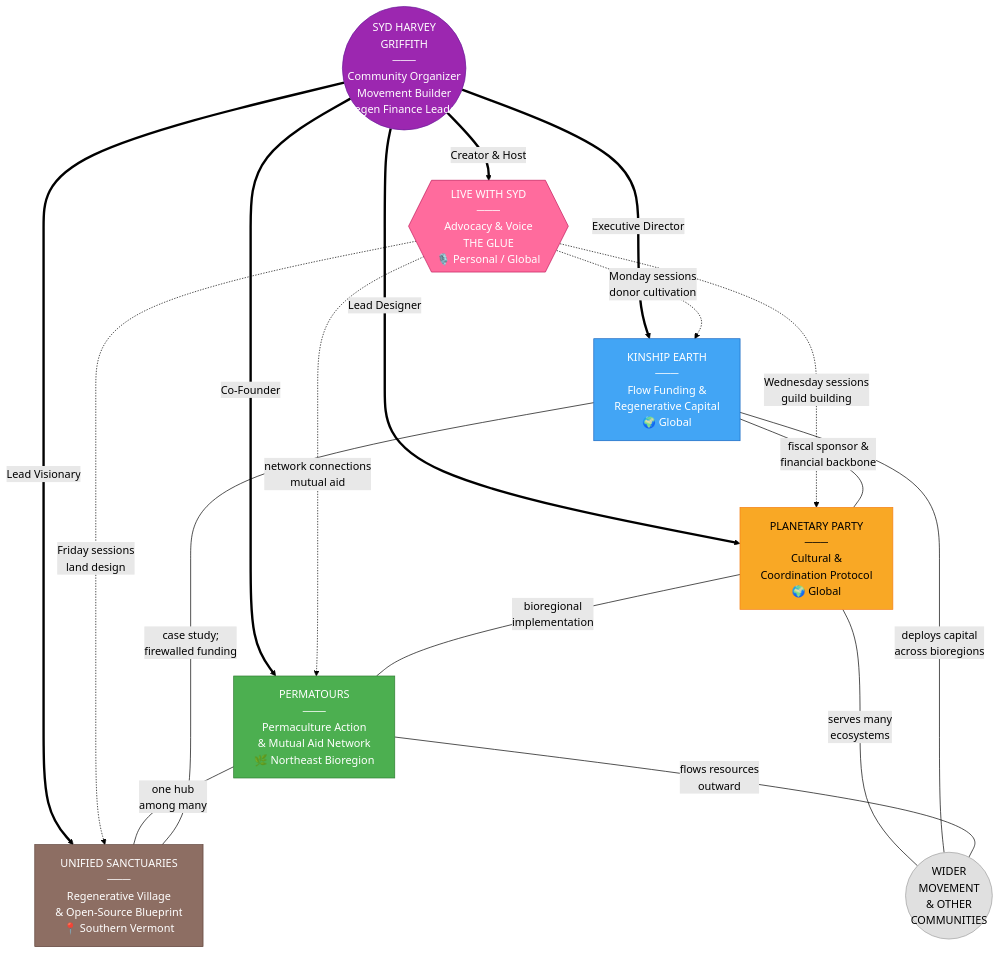
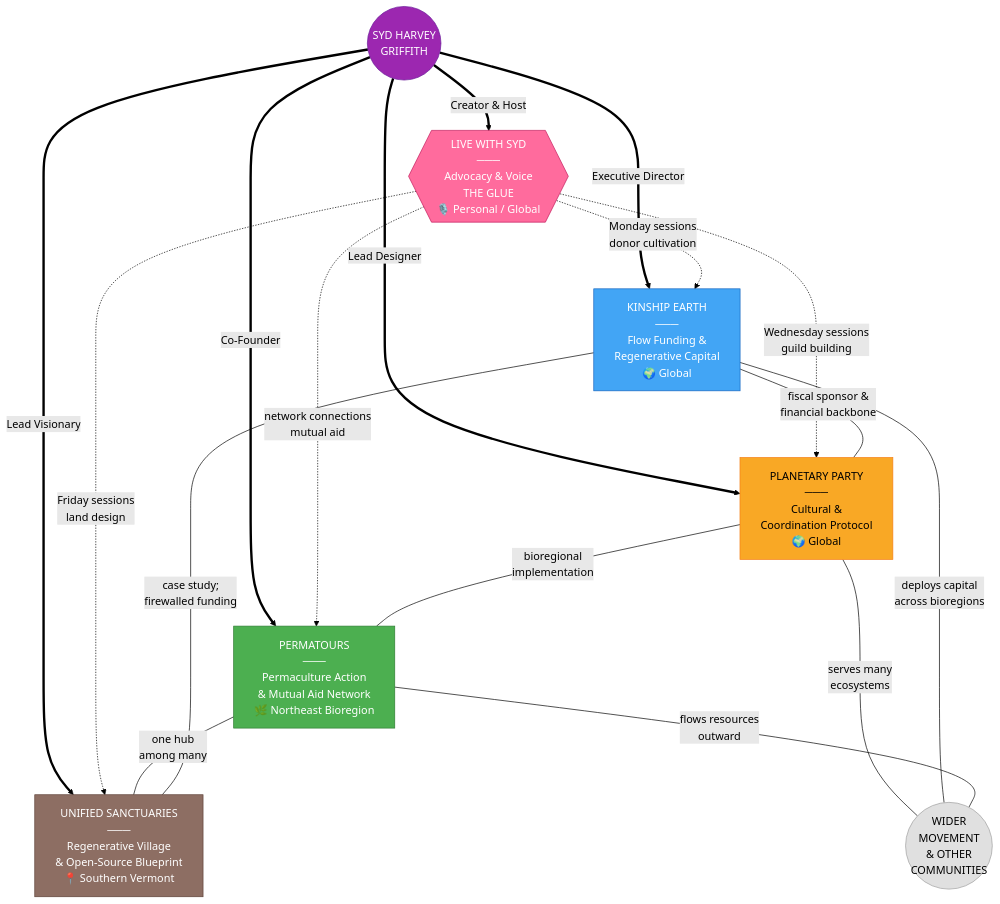
The first of 15 diagrams in ecosystem-map.md (Light-Brands/sydney), drawn with Mermaid (forest theme) before and after one commit.

Commit message:
Fix SYD circle node text clipping in org relationship diagram
Shortened text in the SYD double-parenthesis (circle) node to just
the name, preventing Mermaid from clipping the overflowing text.
Role details are already conveyed through the connection edge labels.

https://claude.ai/code/session_01LpEdYUV9TKN6ZeTjJoMT8B

````diff
--- a/ecosystem-map.md
+++ b/ecosystem-map.md
@@ -13,38 +13,38 @@
 ```mermaid
 graph TD
-    SYD(("SYD HARVEY<br/>GRIFFITH<br/>───<br/>Community Organizer<br/>Movement Builder<br/>Regen Finance Leader"))
+    SYD(("SYD HARVEY<br/>GRIFFITH"))
 
     SYD ==>|"Creator & Host"| LWS
     SYD ==>|"Executive Director"| KE
     SYD ==>|"Co-Founder"| PT
     SYD ==>|"Lead Designer"| PP
     SYD ==>|"Lead Visionary"| US
 
     LWS{{"LIVE WITH SYD<br/>───<br/>Advocacy & Voice<br/>THE GLUE<br/>🎙️ Personal / Global"}}
     KE["KINSHIP EARTH<br/>───<br/>Flow Funding &<br/>Regenerative Capital<br/>🌍 Global"]
     PT["PERMATOURS<br/>───<br/>Permaculture Action<br/>& Mutual Aid Network<br/>🌿 Northeast Bioregion"]
     PP["PLANETARY PARTY<br/>───<br/>Cultural &<br/>Coordination Protocol<br/>🌍 Global"]
     US["UNIFIED SANCTUARIES<br/>───<br/>Regenerative Village<br/>& Open-Source Blueprint<br/>📍 Southern Vermont"]
 
     LWS -.->|"Monday sessions<br/>donor cultivation"| KE
     LWS -.->|"Wednesday sessions<br/>guild building"| PP
     LWS -.->|"network connections<br/>mutual aid"| PT
     LWS -.->|"Friday sessions<br/>land design"| US
 
     KE ---|"fiscal sponsor &<br/>financial backbone"| PP
     PP ---|"bioregional<br/>implementation"| PT
     PT ---|"one hub<br/>among many"| US
     KE ---|"case study;<br/>firewalled funding"| US
 
     PP ---|"serves many<br/>ecosystems"| EXT(("WIDER<br/>MOVEMENT<br/>& OTHER<br/>COMMUNITIES"))
     KE ---|"deploys capital<br/>across bioregions"| EXT
     PT ---|"flows resources<br/>outward"| EXT
 
     style SYD fill:#9C27B0,stroke:#6A1B9A,color:#fff
     style LWS fill:#FF6B9D,stroke:#C2185B,color:#fff
     style KE fill:#42A5F5,stroke:#1565C0,color:#fff
     style PP fill:#F9A825,stroke:#F57F17,color:#000
     style PT fill:#4CAF50,stroke:#2E7D32,color:#fff
     style US fill:#8D6E63,stroke:#5D4037,color:#fff
     style EXT fill:#E0E0E0,stroke:#9E9E9E,color:#000
 ```
````
